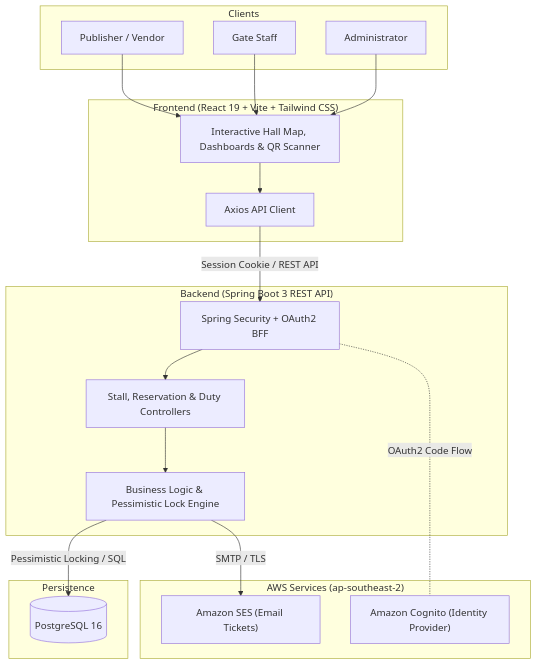
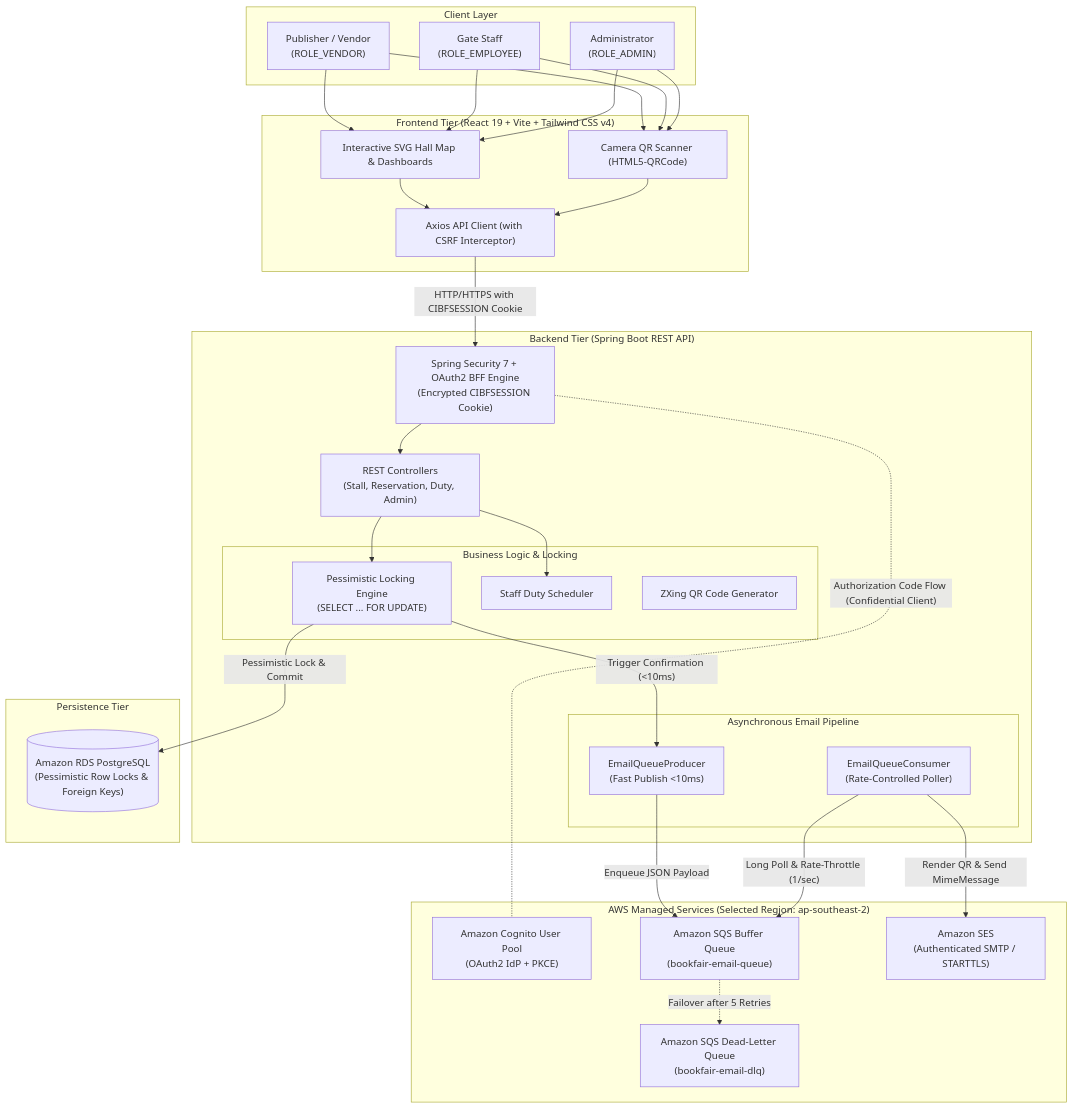
One commit to BGYKanishka/architecture_project changed the first of 4 diagrams in README.md. Above: the diagram before and after it, drawn with Mermaid. The commit also changed other lines of this file and 14 other files, not shown here.

Commit message:
feat: Integrate AWS SQS for email reservation notifications

````diff
--- a/README.md
+++ b/README.md
@@ -11,37 +11,54 @@
 ```mermaid
 flowchart TD
-    subgraph Clients ["Clients"]
-        Vendor["Publisher / Vendor"]
-        Staff["Gate Staff"]
-        Admin["Administrator"]
+    subgraph Clients ["Client Layer"]
+        Vendor["Publisher / Vendor\n(ROLE_VENDOR)"]
+        Staff["Gate Staff\n(ROLE_EMPLOYEE)"]
+        Admin["Administrator\n(ROLE_ADMIN)"]
     end
 
-    subgraph Frontend ["Frontend (React 19 + Vite + Tailwind CSS)"]
-        UI["Interactive Hall Map, Dashboards & QR Scanner"]
-        Axios["Axios API Client"]
+    subgraph Frontend ["Frontend Tier (React 19 + Vite + Tailwind CSS v4)"]
+        UI["Interactive SVG Hall Map & Dashboards"]
+        Scanner["Camera QR Scanner (HTML5-QRCode)"]
+        ClientService["Axios API Client (with CSRF Interceptor)"]
     end
 
-    subgraph Backend ["Backend (Spring Boot 3 REST API)"]
-        Security["Spring Security + OAuth2 BFF"]
-        Controllers["Stall, Reservation & Duty Controllers"]
-        Services["Business Logic & Pessimistic Lock Engine"]
+    subgraph Backend ["Backend Tier (Spring Boot REST API)"]
+        Security["Spring Security 7 + OAuth2 BFF Engine\n(Encrypted CIBFSESSION Cookie)"]
+        Controllers["REST Controllers\n(Stall, Reservation, Duty, Admin)"]
+        
+        subgraph CoreLogic ["Business Logic & Locking"]
+            LockEngine["Pessimistic Locking Engine\n(SELECT ... FOR UPDATE)"]
+            DutyManager["Staff Duty Scheduler"]
+            QRGen["ZXing QR Code Generator"]
+        end
+
+        subgraph AsyncQueue ["Asynchronous Email Pipeline"]
+            SQSProducer["EmailQueueProducer\n(Fast Publish <10ms)"]
+            SQSConsumer["EmailQueueConsumer\n(Rate-Controlled Poller)"]
+        end
     end
 
-    subgraph Database ["Persistence"]
-        Postgres[("PostgreSQL 16")]
+    subgraph Persistence ["Persistence Tier"]
+        Postgres[("Amazon RDS PostgreSQL\n(Pessimistic Row Locks & Foreign Keys)")]
     end
 
-    subgraph CloudServices ["AWS Services (ap-southeast-2)"]
-        SES["Amazon SES (Email Tickets)"]
-        Cognito["Amazon Cognito (Identity Provider)"]
+    subgraph AWSCloud ["AWS Managed Services (Selected Region: ap-southeast-2)"]
+        Cognito["Amazon Cognito User Pool\n(OAuth2 IdP + PKCE)"]
+        SQS["Amazon SQS Buffer Queue\n(bookfair-email-queue)"]
+        DLQ["Amazon SQS Dead-Letter Queue\n(bookfair-email-dlq)"]
+        SES["Amazon SES\n(Authenticated SMTP / STARTTLS)"]
     end
 
-    Vendor & Staff & Admin --> UI
-    UI --> Axios
-    Axios -->|"Session Cookie / REST API"| Security
+    Vendor & Staff & Admin --> UI & Scanner
+    UI & Scanner --> ClientService
+    ClientService -->|"HTTP/HTTPS with CIBFSESSION Cookie"| Security
+    Security -.-|"Authorization Code Flow (Confidential Client)"| Cognito
     Security --> Controllers
-    Security -.-|"OAuth2 Code Flow"| Cognito
-    Controllers --> Services
-    Services -->|Pessimistic Locking / SQL| Postgres
-    Services -->|SMTP / TLS| SES
+    Controllers --> LockEngine & DutyManager
+    LockEngine -->|"Pessimistic Lock & Commit"| Postgres
+    LockEngine -->|"Trigger Confirmation (<10ms)"| SQSProducer
+    SQSProducer -->|"Enqueue JSON Payload"| SQS
+    SQS -.->|"Failover after 5 Retries"| DLQ
+    SQSConsumer -->|"Long Poll & Rate-Throttle (1/sec)"| SQS
+    SQSConsumer -->|"Render QR & Send MimeMessage"| SES
 ```
````
